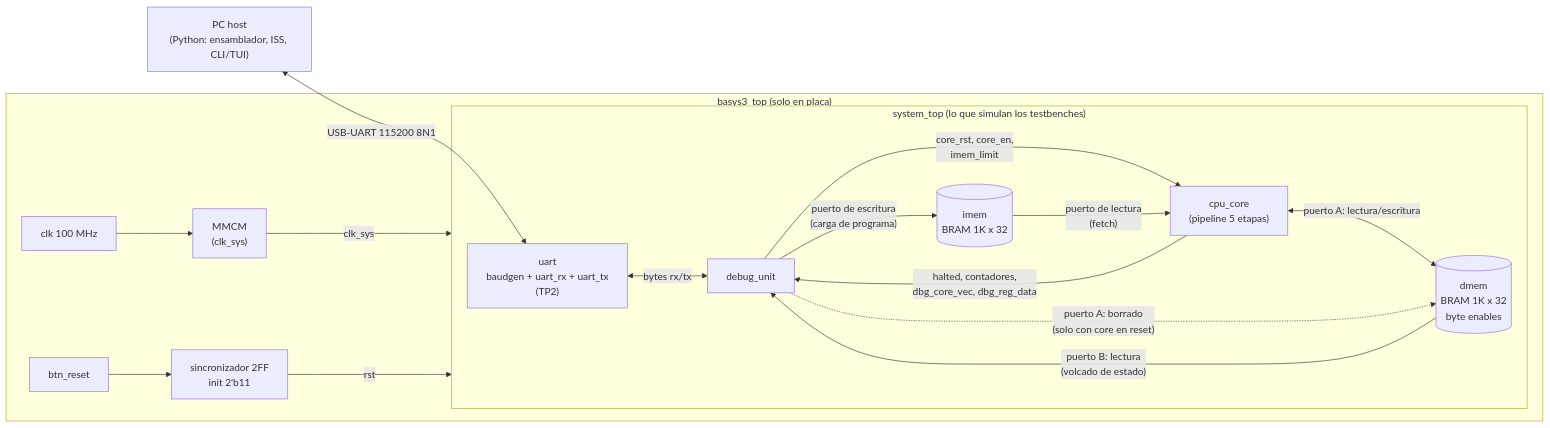
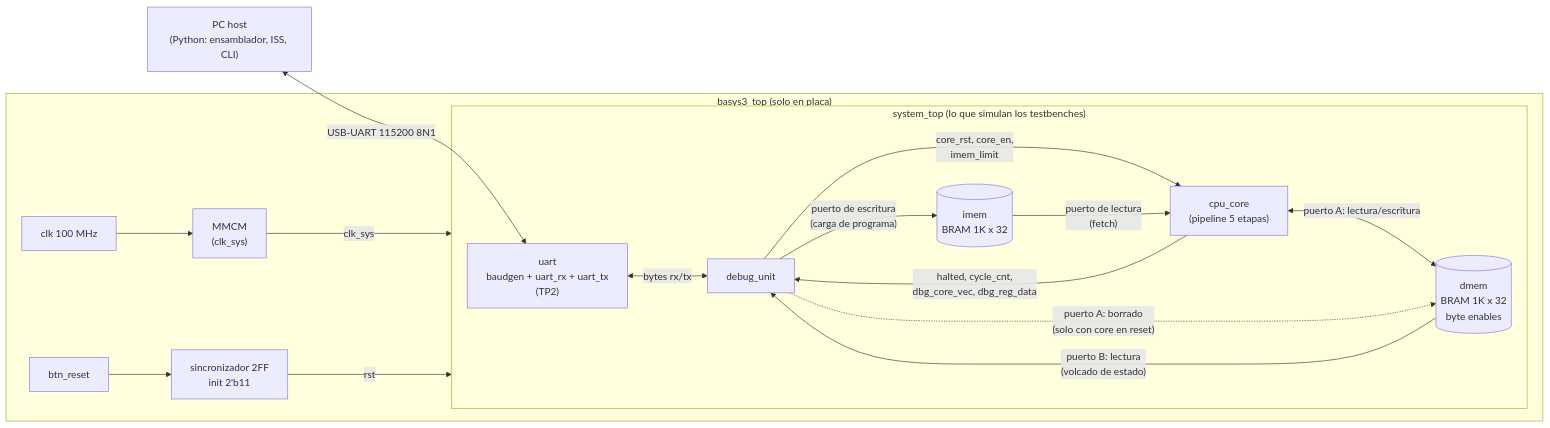
One commit to felipe-pill/arquitectura_de_computadoras changed the first of 2 diagrams in TP3/docs/arquitectura.md. Above: the diagram before and after it, drawn with Mermaid. The commit also changed other lines of this file and 11 other files, not shown here.

````diff
--- a/TP3/docs/arquitectura.md
+++ b/TP3/docs/arquitectura.md
@@ -21,29 +21,29 @@
 ```mermaid
 flowchart LR
-    HOST["PC host<br/>(Python: ensamblador, ISS, CLI/TUI)"]
+    HOST["PC host<br/>(Python: ensamblador, ISS, CLI)"]
 
     subgraph BOARD["basys3_top (solo en placa)"]
         CLKIN["clk 100 MHz"] --> MMCM["MMCM<br/>(clk_sys)"]
         BTN["btn_reset"] --> RSYNC["sincronizador 2FF<br/>init 2'b11"]
 
         subgraph SYS["system_top (lo que simulan los testbenches)"]
             UART["uart<br/>baudgen + uart_rx + uart_tx<br/>(TP2)"]
             DBG["debug_unit"]
             CORE["cpu_core<br/>(pipeline 5 etapas)"]
             IMEM[("imem<br/>BRAM 1K x 32")]
             DMEM[("dmem<br/>BRAM 1K x 32<br/>byte enables")]
         end
     end
 
     HOST <-->|"USB-UART 115200 8N1"| UART
     UART <-->|"bytes rx/tx"| DBG
     MMCM -->|clk_sys| SYS
     RSYNC -->|rst| SYS
     DBG -->|"core_rst, core_en,<br/>imem_limit"| CORE
-    CORE -->|"halted, contadores,<br/>dbg_core_vec, dbg_reg_data"| DBG
+    CORE -->|"halted, cycle_cnt,<br/>dbg_core_vec, dbg_reg_data"| DBG
     DBG -->|"puerto de escritura<br/>(carga de programa)"| IMEM
     IMEM -->|"puerto de lectura<br/>(fetch)"| CORE
     CORE <-->|"puerto A: lectura/escritura"| DMEM
     DBG -.->|"puerto A: borrado<br/>(solo con core en reset)"| DMEM
     DMEM -->|"puerto B: lectura<br/>(volcado de estado)"| DBG
 ```
````
